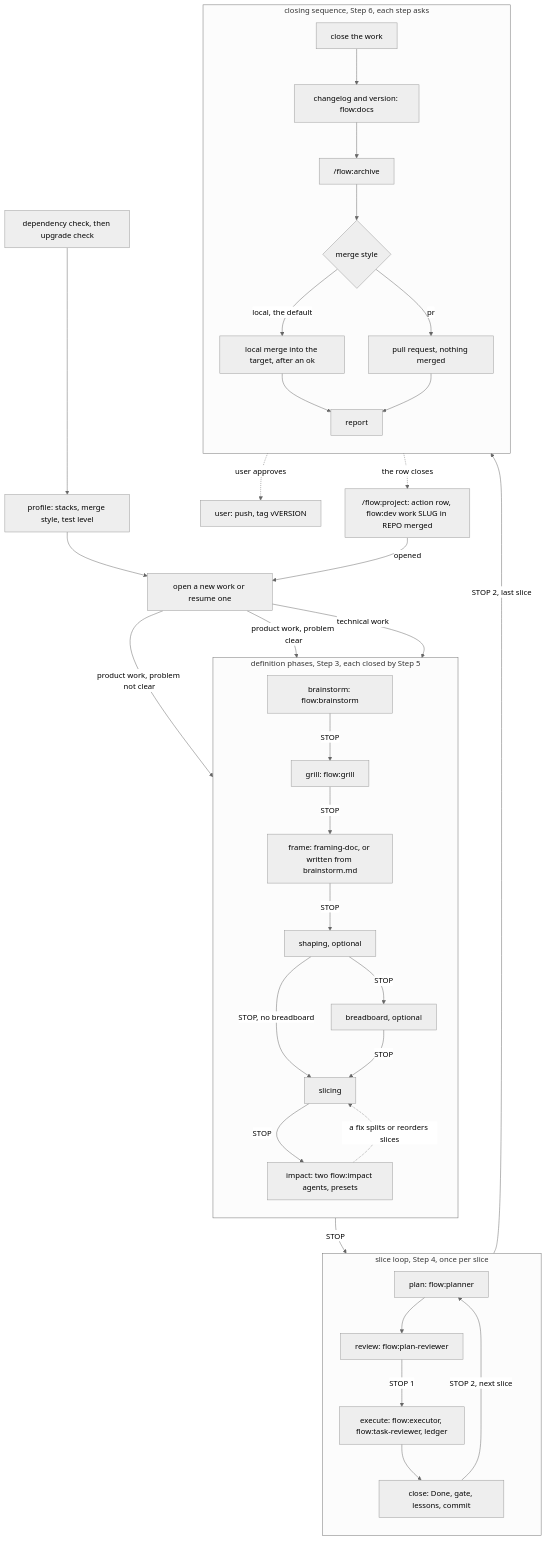
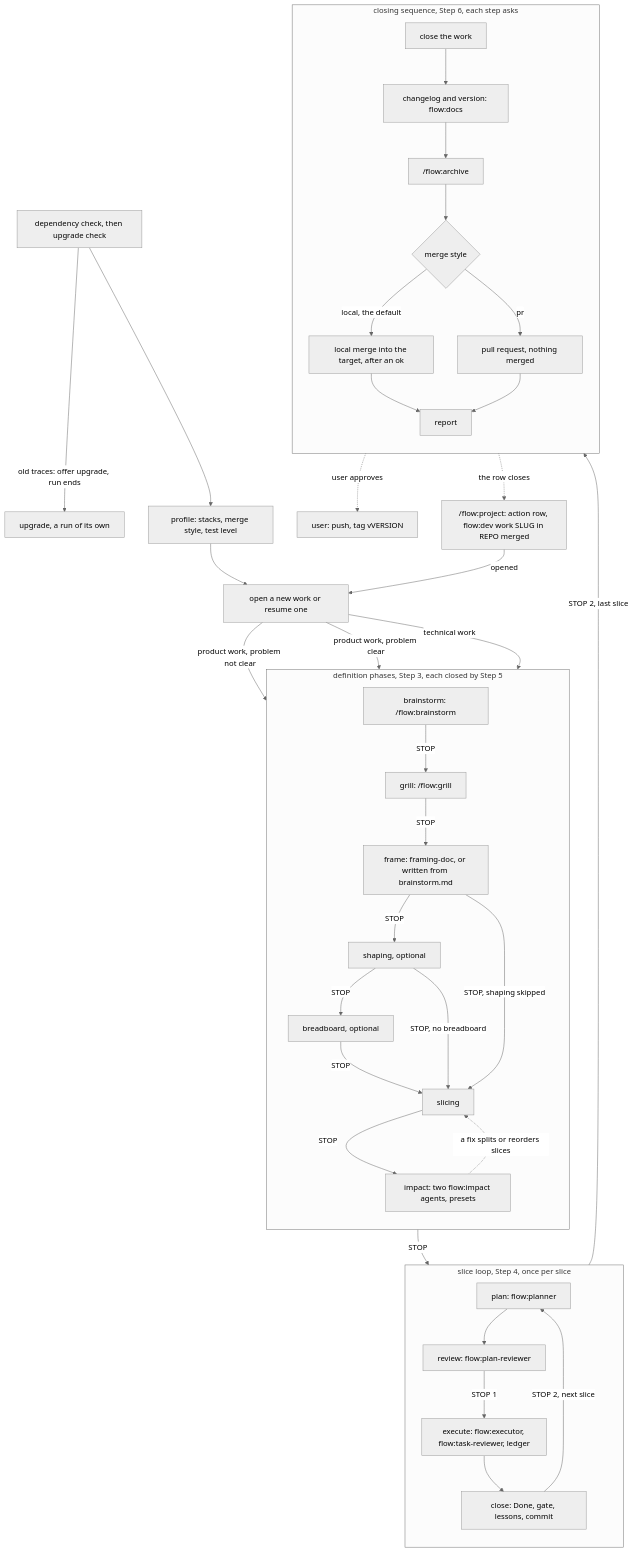
Before and after one commit to spleenteo/devflow: the second of 4 diagrams in docs/architecture.md, drawn with Mermaid (neutral theme). The commit also changed other lines of this file and 2 other files, not shown here.

Commit message:
Fix review findings on README and architecture

````diff
--- a/docs/architecture.md
+++ b/docs/architecture.md
@@ -61,58 +61,60 @@
 ```mermaid
 flowchart TD
   deps["dependency check, then upgrade check"]
+  deps -->|"old traces: offer upgrade, run ends"| upg["upgrade, a run of its own"]
   deps --> prof["profile: stacks, merge style, test level"]
   prof --> open["open a new work or resume one"]
   subgraph define["definition phases, Step 3, each closed by Step 5"]
     direction TB
-    bs["brainstorm: flow:brainstorm"]
-    gr["grill: flow:grill"]
+    bs["brainstorm: /flow:brainstorm"]
+    gr["grill: /flow:grill"]
     frame["frame: framing-doc, or written from brainstorm.md"]
     shaping["shaping, optional"]
     bread["breadboard, optional"]
     slicing["slicing"]
     impact["impact: two flow:impact agents, presets"]
   end
   open -->|"product work, problem not clear"| bs
   open -->|"product work, problem clear"| shaping
   open -->|"technical work"| slicing
   bs -->|"STOP"| gr
   gr -->|"STOP"| frame
   frame -->|"STOP"| shaping
   shaping -->|"STOP"| bread
   shaping -->|"STOP, no breadboard"| slicing
+  frame -->|"STOP, shaping skipped"| slicing
   bread -->|"STOP"| slicing
   slicing -->|"STOP"| impact
   impact -.->|"a fix splits or reorders slices"| slicing
   subgraph loop["slice loop, Step 4, once per slice"]
     direction TB
     plan["plan: flow:planner"]
     review["review: flow:plan-reviewer"]
     exec["execute: flow:executor, flow:task-reviewer, ledger"]
     close["close: Done, gate, lessons, commit"]
   end
   impact -->|"STOP"| plan
   plan --> review
   review -->|"STOP 1"| exec
   exec --> close
   close -->|"STOP 2, next slice"| plan
   subgraph exit["closing sequence, Step 6, each step asks"]
     direction TB
     cw["close the work"]
     cl["changelog and version: flow:docs"]
     ar["/flow:archive"]
     mg{"merge style"}
     loc["local merge into the target, after an ok"]
     pr["pull request, nothing merged"]
     rep["report"]
   end
   close -->|"STOP 2, last slice"| cw
   cw --> cl --> ar --> mg
   mg -->|"local, the default"| loc
   mg -->|"pr"| pr
   loc --> rep
   pr --> rep
   rep -.->|"user approves"| push["user: push, tag vVERSION"]
   projrow["/flow:project: action row, flow:dev work SLUG in REPO merged"] -->|"opened"| open
   rep -.->|"the row closes"| projrow
 ```
````
